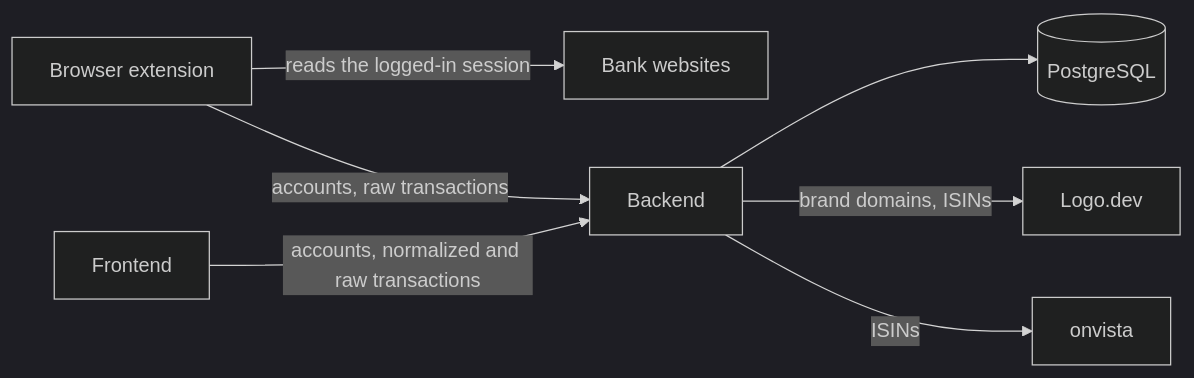
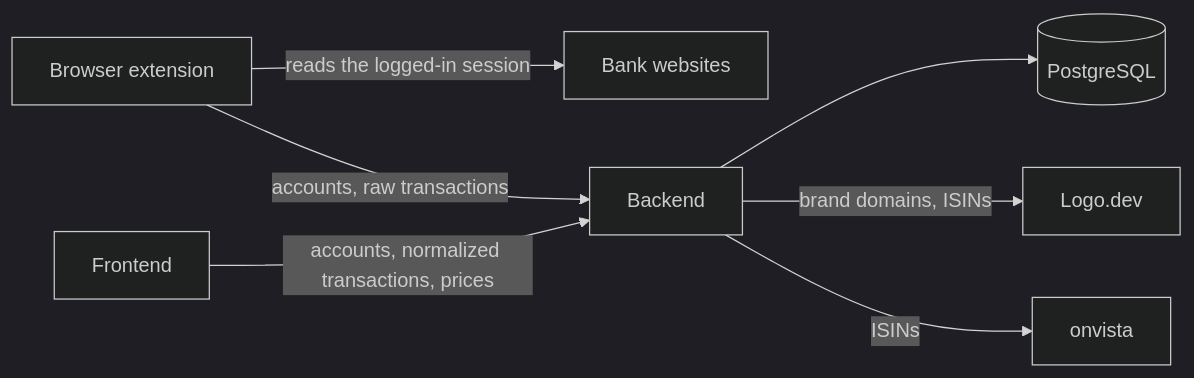
The first of 5 diagrams in docs/architecture.md (lennartmoeller/finance-tracker), drawn with Mermaid (dark theme) before and after one commit. The commit also changed other lines of this file and 39 other files, not shown here.

````diff
--- a/docs/architecture.md
+++ b/docs/architecture.md
@@ -5,16 +5,16 @@
 ```mermaid
 flowchart LR
   websites["Bank websites"]
   extension["Browser extension"]
   frontend["Frontend"]
   backend["Backend"]
   postgres[("PostgreSQL")]
   logodev["Logo.dev"]
   onvista["onvista"]
   extension -- "reads the logged-in session" --> websites
   extension -- "accounts, raw transactions" --> backend
-  frontend -- "accounts, normalized and raw transactions" --> backend
+  frontend -- "accounts, normalized transactions, prices" --> backend
   backend --> postgres
   backend -- "brand domains, ISINs" --> logodev
   backend -- "ISINs" --> onvista
 ```
````
